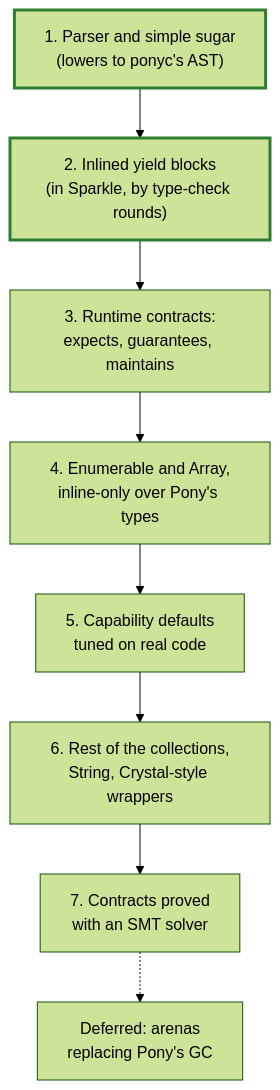
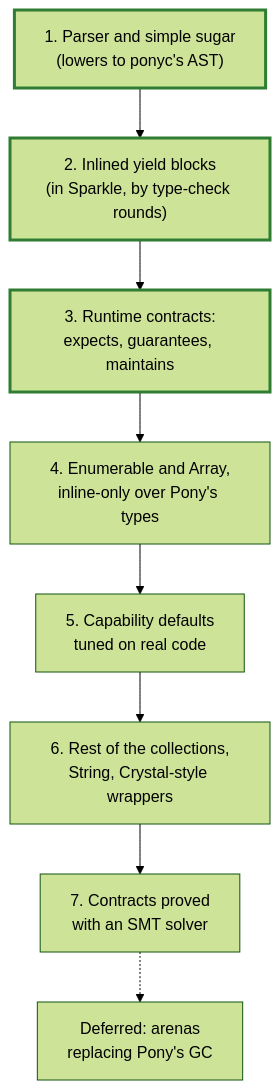
One commit to nogginly/sparkle changed the fourth of 6 diagrams in DESIGN.md. Above: the diagram before and after it, drawn with Mermaid (forest theme). The commit also changed other lines of this file and 21 other files, not shown here.

````diff
--- a/DESIGN.md
+++ b/DESIGN.md
@@ -159,12 +160,13 @@
 ```mermaid
 flowchart TD
     S1["1. Parser and simple sugar<br/>(lowers to ponyc's AST)"] --> S2["2. Inlined yield blocks<br/>(in Sparkle, by type-check rounds)"]
     S2 --> S3["3. Runtime contracts:<br/>expects, guarantees, maintains"]
     S3 --> S4["4. Enumerable and Array,<br/>inline-only over Pony's types"]
     S4 --> S5["5. Capability defaults<br/>tuned on real code"]
     S5 --> S6["6. Rest of the collections,<br/>String, Crystal-style wrappers"]
     S6 --> S7["7. Contracts proved<br/>with an SMT solver"]
     S7 -.-> S8["Deferred: arenas<br/>replacing Pony's GC"]
     style S1 stroke:#2e7d32,stroke-width:3px
     style S2 stroke:#2e7d32,stroke-width:3px
+    style S3 stroke:#2e7d32,stroke-width:3px
 ```
````
